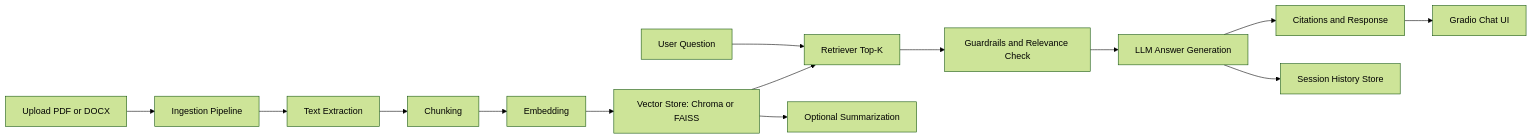
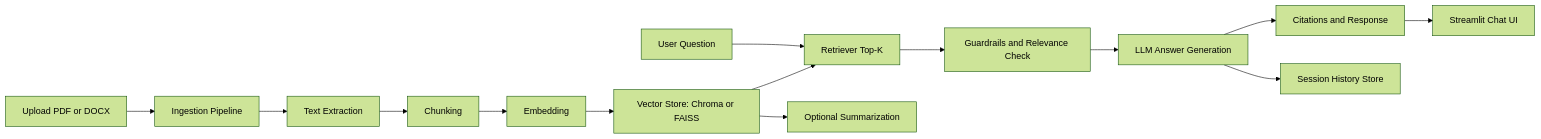
The diagram in docs/system_flow.md (azzasadekk0/Smart-Contract-Assistant), drawn with Mermaid (forest theme) before and after one commit. The commit also changed 8 other files, not shown here.

````diff
--- a/docs/system_flow.md
+++ b/docs/system_flow.md
@@ -3,18 +3,18 @@
 ```mermaid
 flowchart LR
     A[Upload PDF or DOCX] --> B[Ingestion Pipeline]
     B --> C[Text Extraction]
     C --> D[Chunking]
     D --> E[Embedding]
     E --> F[Vector Store: Chroma or FAISS]
 
     G[User Question] --> H[Retriever Top-K]
     F --> H
     H --> I[Guardrails and Relevance Check]
     I --> J[LLM Answer Generation]
     J --> K[Citations and Response]
 
-    K --> L[Gradio Chat UI]
+    K --> L[Streamlit Chat UI]
     J --> M[Session History Store]
     F --> N[Optional Summarization]
 ```
````
